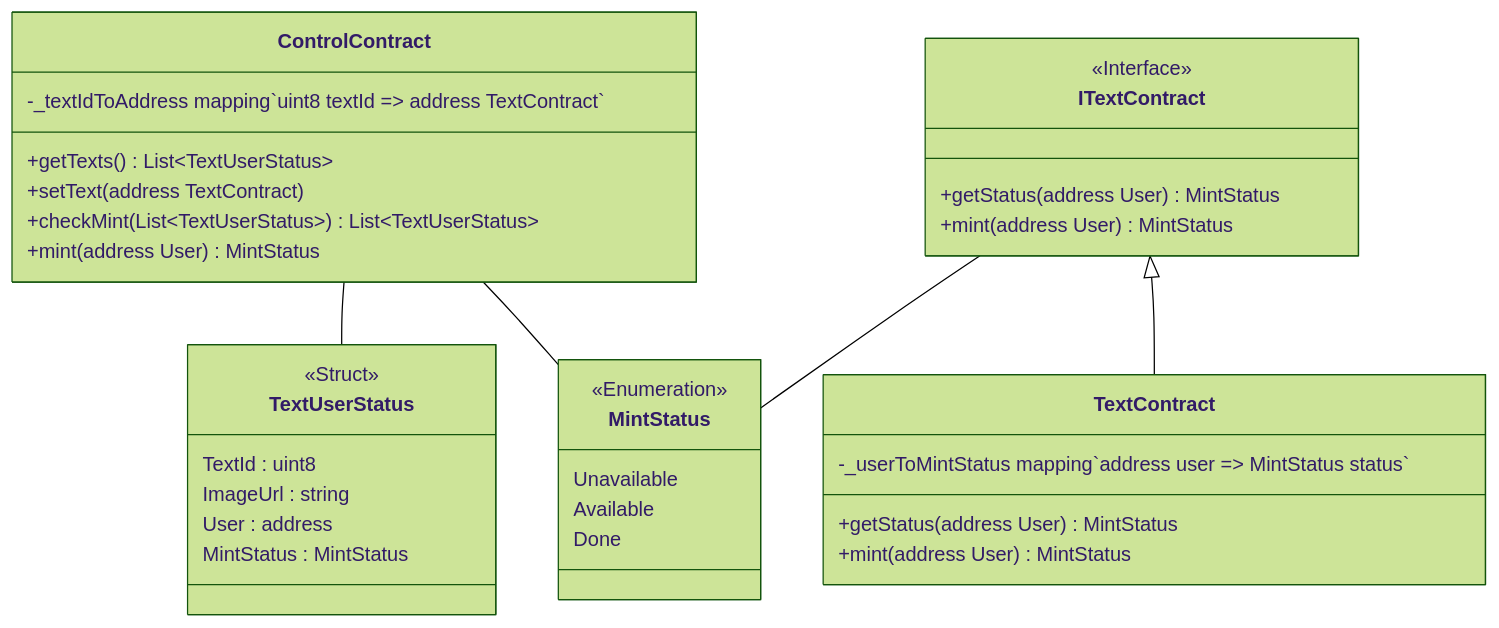
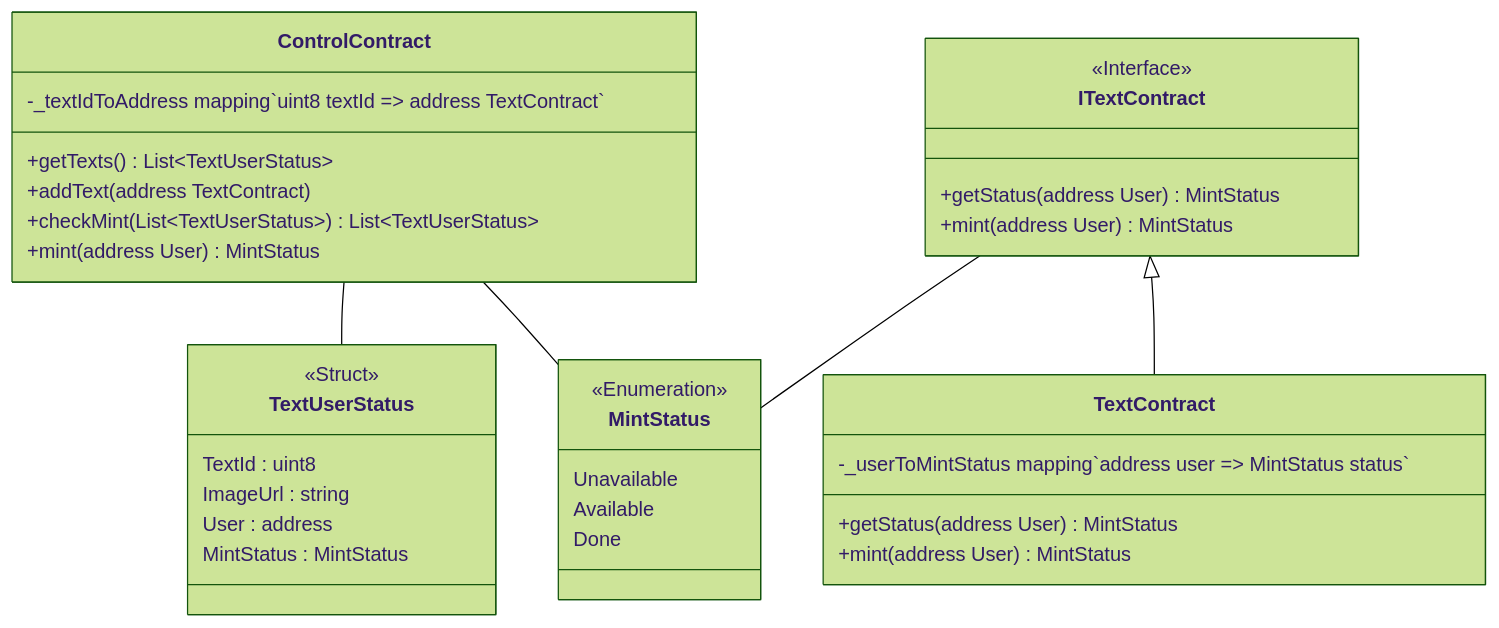
Before and after one commit to honganji/NFT-Distribution-daigram: the third of 3 diagrams in NFT-distribution-diagram.md, drawn with Mermaid (forest theme).

Commit message:
mod: function name in ControlContract

````diff
--- a/NFT-distribution-diagram.md
+++ b/NFT-distribution-diagram.md
@@ -47,42 +47,42 @@
 ```mermaid
 classDiagram
     ControlContract -- MintStatus
     ControlContract -- TextUserStatus
     ITextContract <|-- TextContract
     ITextContract -- MintStatus
 
     class ControlContract {
         -_textIdToAddress mapping`uint8 textId => address TextContract`
         +getTexts() List~TextUserStatus~
-        +setText(address TextContract)
+        +addText(address TextContract)
         +checkMint(List~TextUserStatus~) List~TextUserStatus~
         +mint(address User) MintStatus
     }
 
     class ITextContract {
         <<Interface>>
         +getStatus(address User) MintStatus
         +mint(address User) MintStatus
     }
 
     class TextContract {
         -_userToMintStatus mapping`address user => MintStatus status`
         +getStatus(address User) MintStatus
         +mint(address User) MintStatus
     }
 
     class MintStatus {
         <<Enumeration>>
         Unavailable
         Available
         Done
     }
 
     class TextUserStatus {
         <<Struct>>
         TextId : uint8
         ImageUrl : string
         User : address
         MintStatus : MintStatus
     }
 ```
````
